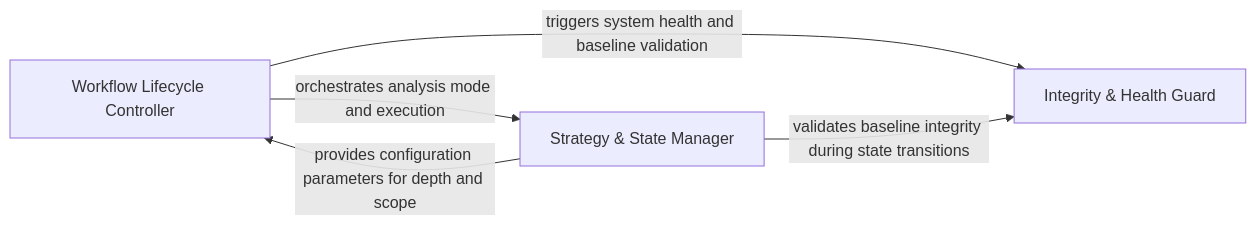
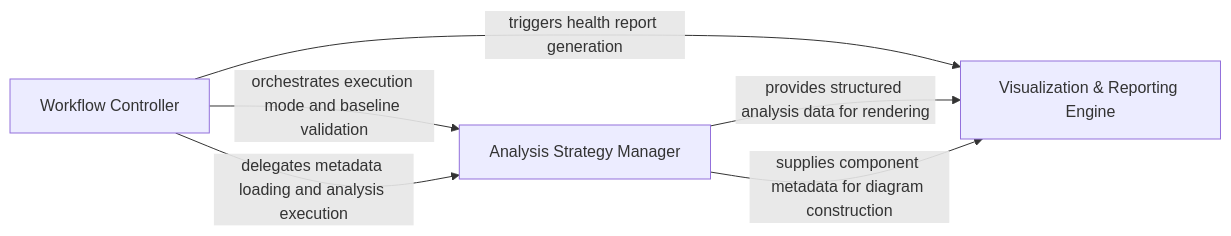
The diagram in .codeboarding/Analysis_Orchestrator.md (CodeBoarding/CodeBoarding-action), drawn with Mermaid before and after one commit. The commit also changed other lines of this file and 10 other files, not shown here.

Commit message:
chore(codeboarding): sync architecture baseline

````diff
--- a/.codeboarding/Analysis_Orchestrator.md
+++ b/.codeboarding/Analysis_Orchestrator.md
@@ -1,10 +1,11 @@
 ```mermaid
 graph LR
-    Workflow_Lifecycle_Controller["Workflow Lifecycle Controller"]
-    Strategy_State_Manager["Strategy & State Manager"]
-    Integrity_Health_Guard["Integrity & Health Guard"]
-    Workflow_Lifecycle_Controller -- "orchestrates analysis mode and execution" --> Strategy_State_Manager
-    Workflow_Lifecycle_Controller -- "triggers system health and baseline validation" --> Integrity_Health_Guard
-    Strategy_State_Manager -- "provides configuration parameters for depth and scope" --> Workflow_Lifecycle_Controller
-    Strategy_State_Manager -- "validates baseline integrity during state transitions" --> Integrity_Health_Guard
+    Workflow_Controller["Workflow Controller"]
+    Analysis_Strategy_Manager["Analysis Strategy Manager"]
+    Visualization_Reporting_Engine["Visualization & Reporting Engine"]
+    Workflow_Controller -- "orchestrates execution mode and baseline validation" --> Analysis_Strategy_Manager
+    Workflow_Controller -- "delegates metadata loading and analysis execution" --> Analysis_Strategy_Manager
+    Workflow_Controller -- "triggers health report generation" --> Visualization_Reporting_Engine
+    Analysis_Strategy_Manager -- "provides structured analysis data for rendering" --> Visualization_Reporting_Engine
+    Analysis_Strategy_Manager -- "supplies component metadata for diagram construction" --> Visualization_Reporting_Engine
 ```
````
